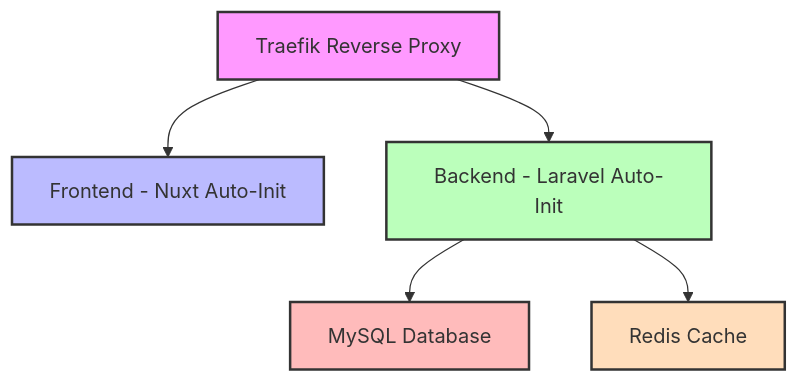
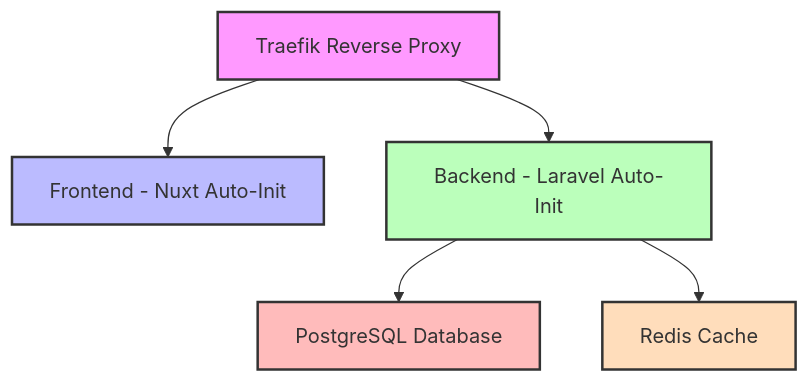
The diagram in docs/AGENTS.md (sliva-name/arhitect), drawn with Mermaid before and after one commit. The commit also changed other lines of this file and 14 other files, not shown here.

````diff
--- a/docs/AGENTS.md
+++ b/docs/AGENTS.md
@@ -47,13 +47,13 @@
 ```mermaid
 graph TD
     A[Traefik Reverse Proxy] --> B[Frontend - Nuxt Auto-Init]
     A --> C[Backend - Laravel Auto-Init]
-    C --> D[MySQL Database]
+    C --> D[PostgreSQL Database]
     C --> E[Redis Cache]
     
     style A fill:#f9f,stroke:#333,stroke-width:2px
     style B fill:#bbf,stroke:#333,stroke-width:2px
     style C fill:#bfb,stroke:#333,stroke-width:2px
     style D fill:#fbb,stroke:#333,stroke-width:2px
     style E fill:#fdb,stroke:#333,stroke-width:2px
 ```
````
